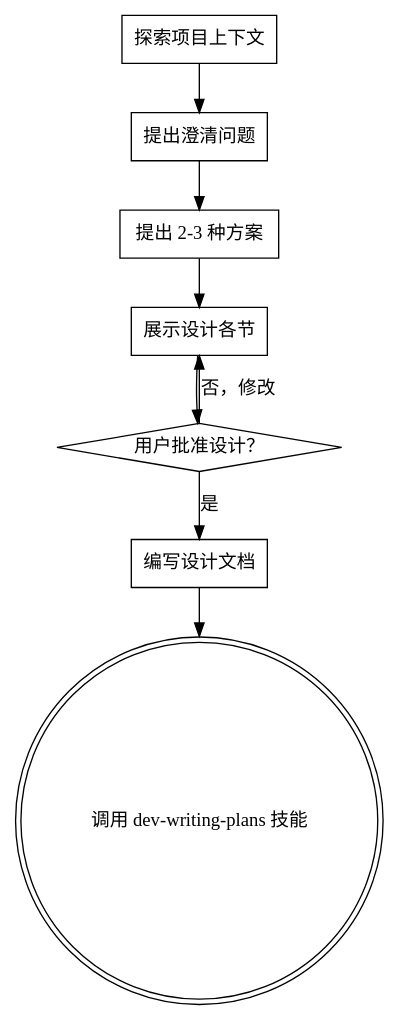
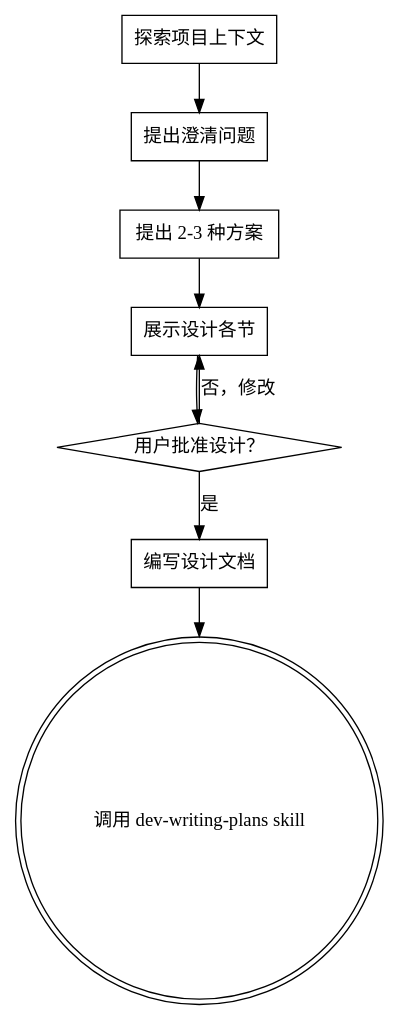
The diagram in kimi/skills/dev-brainstorming/SKILL.md (moyueheng/coding-everything), drawn with Graphviz before and after one commit. The commit also changed other lines of this file and 11 other files, not shown here.

````diff
--- a/kimi/skills/dev-brainstorming/SKILL.md
+++ b/kimi/skills/dev-brainstorming/SKILL.md
@@ -35,19 +35,19 @@
 ```dot
 digraph brainstorming {
     "探索项目上下文" [shape=box];
     "提出澄清问题" [shape=box];
     "提出 2-3 种方案" [shape=box];
     "展示设计各节" [shape=box];
     "用户批准设计？" [shape=diamond];
     "编写设计文档" [shape=box];
-    "调用 dev-writing-plans 技能" [shape=doublecircle];
+    "调用 dev-writing-plans skill" [shape=doublecircle];
 
     "探索项目上下文" -> "提出澄清问题";
     "提出澄清问题" -> "提出 2-3 种方案";
     "提出 2-3 种方案" -> "展示设计各节";
     "展示设计各节" -> "用户批准设计？";
     "用户批准设计？" -> "展示设计各节" [label="否，修改"];
     "用户批准设计？" -> "编写设计文档" [label="是"];
-    "编写设计文档" -> "调用 dev-writing-plans 技能";
+    "编写设计文档" -> "调用 dev-writing-plans skill";
 }
 ```
````
